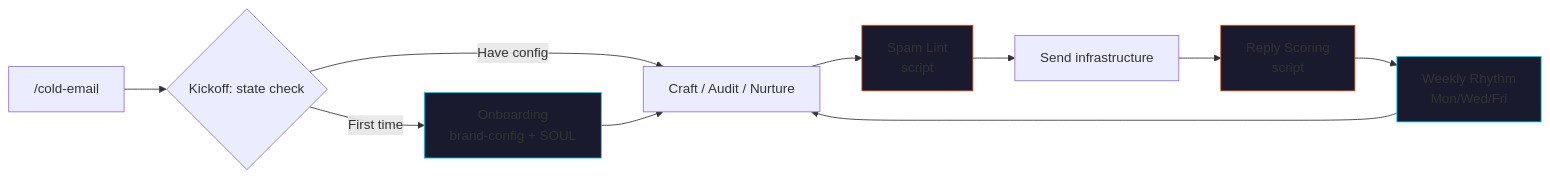
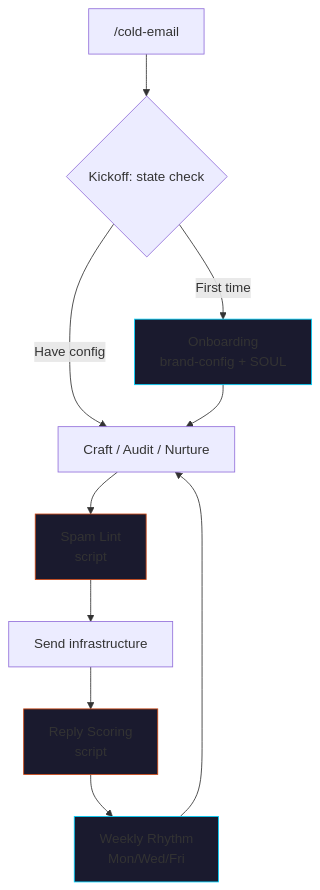
Before and after one commit to cmj-hub/claude-cold-email: the diagram in README.md, drawn with Mermaid.

Commit message:
fix(readme): mermaid graph LR → TB for legible node labels on GitHub

````diff
--- a/README.md
+++ b/README.md
@@ -30,17 +30,17 @@
 ```mermaid
-graph LR
+graph TB
     A["/cold-email"] --> B{Kickoff: state check}
     B -->|First time| C[Onboarding<br/>brand-config + SOUL]
     B -->|Have config| D[Craft / Audit / Nurture]
     C --> D
     D --> E[Spam Lint<br/>script]
     E --> F[Send infrastructure]
     F --> G[Reply Scoring<br/>script]
     G --> H[Weekly Rhythm<br/>Mon/Wed/Fri]
     H --> D
 
     style C fill:#1a1a2e,stroke:#00d4ff
     style E fill:#1a1a2e,stroke:#cc4714
     style G fill:#1a1a2e,stroke:#cc4714
     style H fill:#1a1a2e,stroke:#00d4ff
 ```
````
